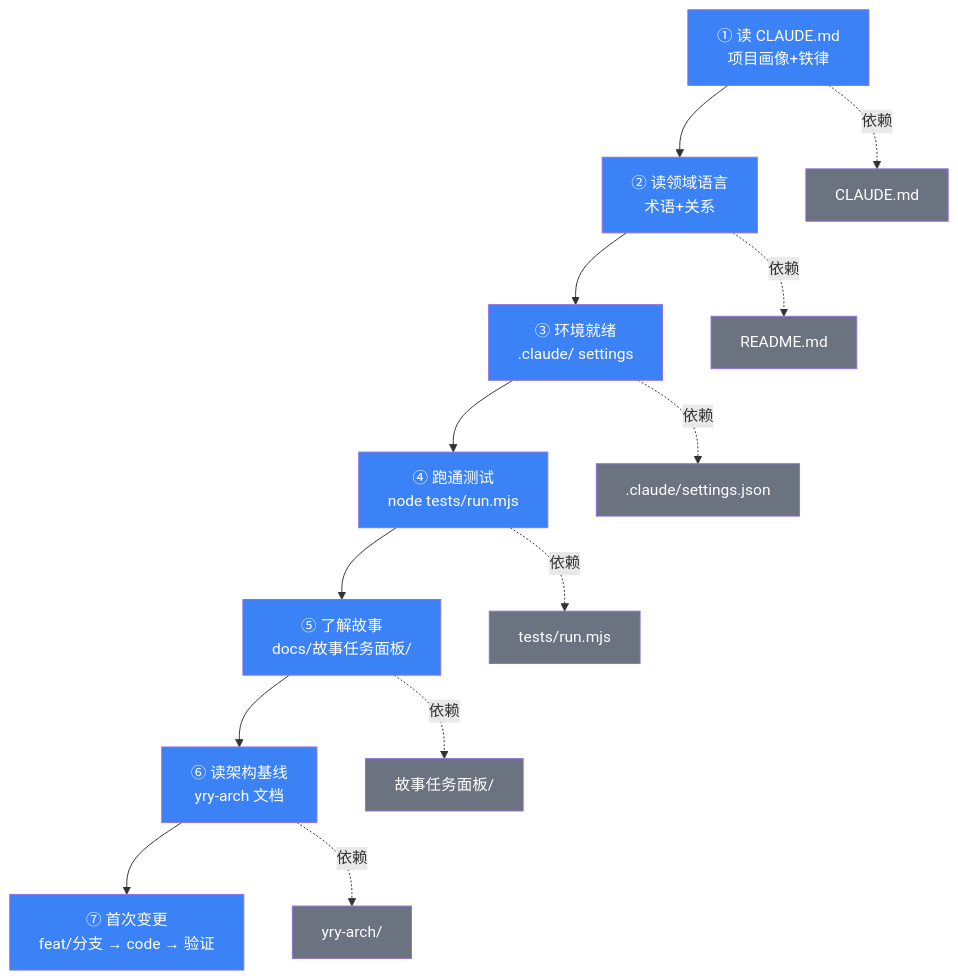
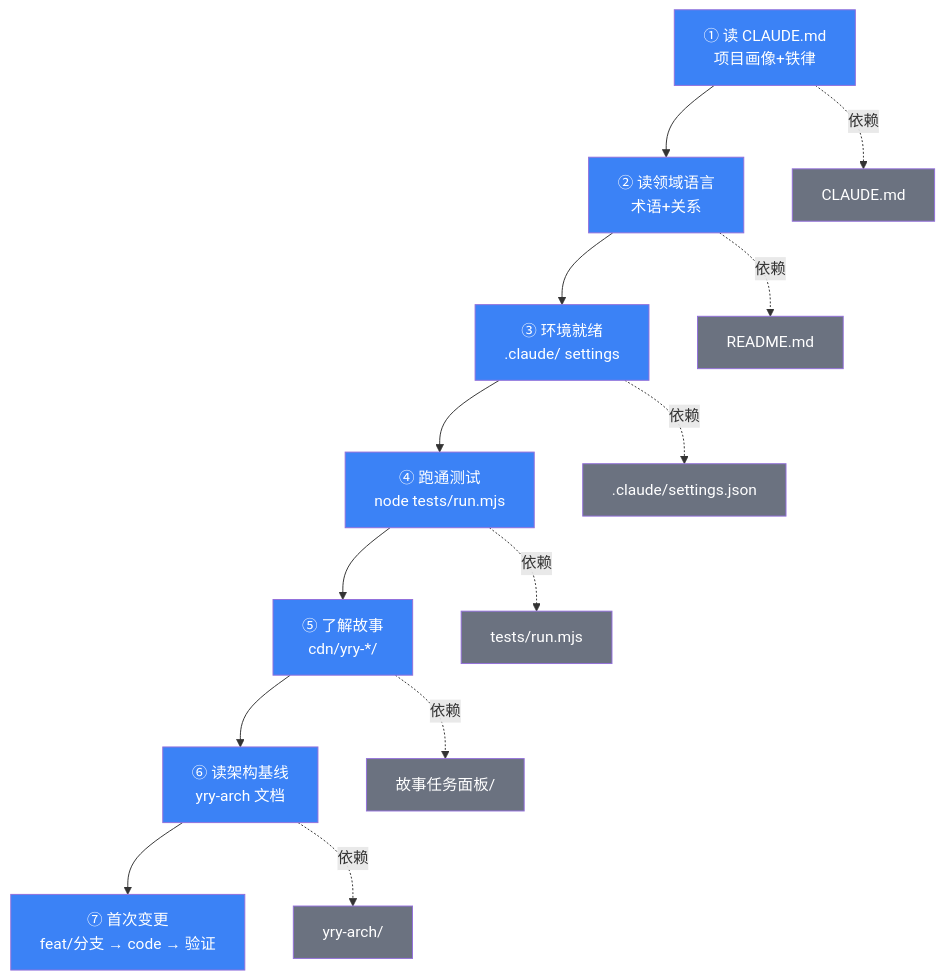
Before and after one commit to effiy/YrY: the fourth of 4 diagrams in cdn/yry-arch/scenes/场景-1-新人上手/index.md, drawn with Mermaid. The commit also changed other lines of this file and 1028 other files, not shown here.

````diff
--- a/cdn/yry-arch/scenes/场景-1-新人上手/index.md
+++ b/cdn/yry-arch/scenes/场景-1-新人上手/index.md
@@ -219,19 +331,19 @@
 ```mermaid
 flowchart TD
     S1["① 读 CLAUDE.md<br/>项目画像+铁律"]:::step --> S2["② 读领域语言<br/>术语+关系"]:::step
     S2 --> S3["③ 环境就绪<br/>.claude/ settings"]:::step
     S3 --> S4["④ 跑通测试<br/>node tests/run.mjs"]:::step
-    S4 --> S5["⑤ 了解故事<br/>docs/故事任务面板/"]:::step
+    S4 --> S5["⑤ 了解故事<br/>cdn/yry-*/"]:::step
     S5 --> S6["⑥ 读架构基线<br/>yry-arch 文档"]:::step
     S6 --> S7["⑦ 首次变更<br/>feat/分支 → code → 验证"]:::step
 
     S1 -.依赖.-> DOC1["CLAUDE.md"]:::doc
     S2 -.依赖.-> DOC2["README.md"]:::doc
     S3 -.依赖.-> DOC3[".claude/settings.json"]:::doc
     S4 -.依赖.-> DOC4["tests/run.mjs"]:::doc
     S5 -.依赖.-> DOC5["故事任务面板/"]:::doc
     S6 -.依赖.-> DOC6["yry-arch/"]:::doc
 
     classDef step fill:#3B82F6,color:#fff
     classDef doc fill:#6b7280,color:#fff
 ```
````
